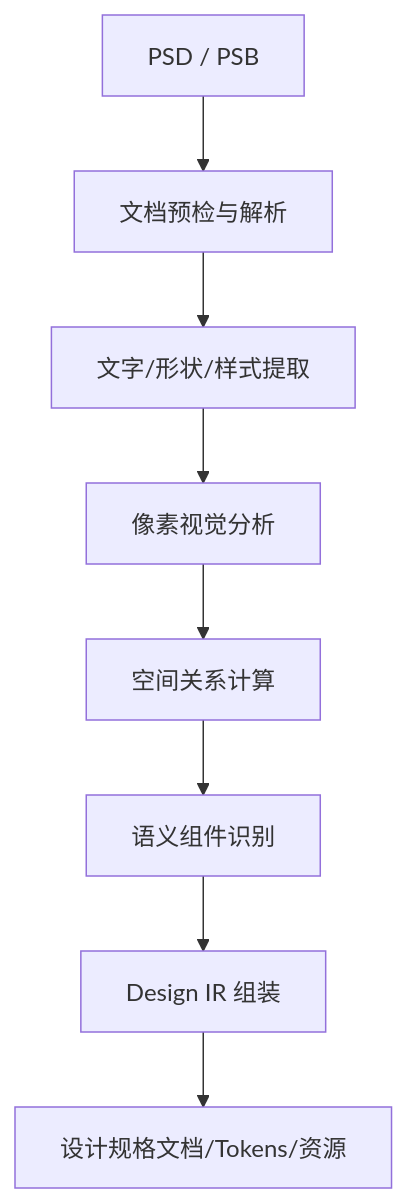
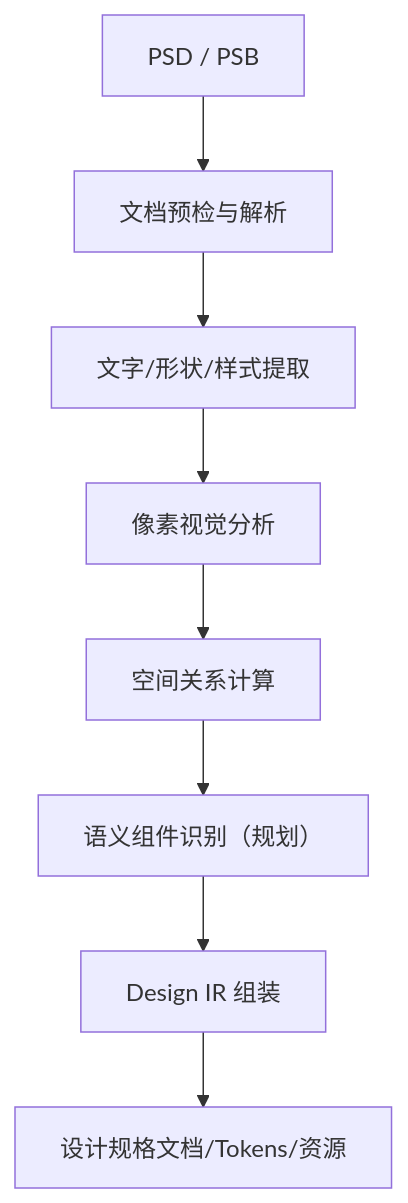
One commit to naryn/PSDDesignInspectorSkill changed the diagram in README.md. Above: the diagram before and after it, drawn with Mermaid. The commit also changed other lines of this file and 3 other files, not shown here.

First line of the commit message:
docs: document current capabilities, limits and roadmap; archive V1.0 design

````diff
--- a/README.md
+++ b/README.md
@@ -107,10 +127,10 @@
 ```mermaid
 graph TD
     A[PSD / PSB] --> B[文档预检与解析]
     B --> C[文字/形状/样式提取]
     C --> D[像素视觉分析]
     D --> E[空间关系计算]
-    E --> F[语义组件识别]
+    E --> F[语义组件识别（规划）]
     F --> G[Design IR 组装]
     G --> H[设计规格文档/Tokens/资源]
 ```
````
